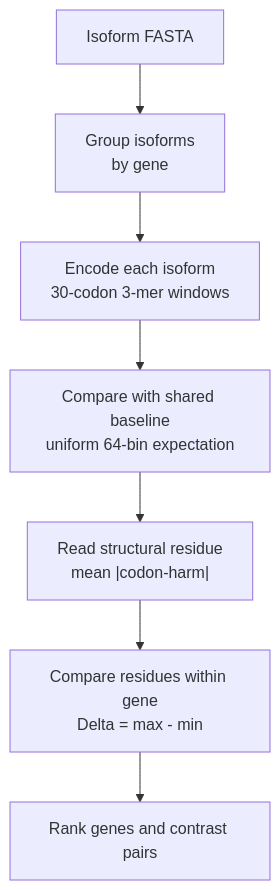
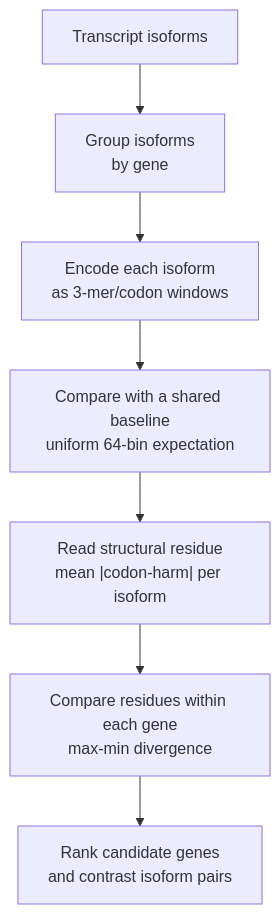
The diagram in docs/WORKFLOW.md (JackeyLGene/NoHarm), drawn with Mermaid before and after one commit. The commit also changed 5 other files, not shown here.

````diff
--- a/docs/WORKFLOW.md
+++ b/docs/WORKFLOW.md
@@ -14,9 +14,9 @@
 ```mermaid
 flowchart TD
-    A["Isoform FASTA"] --> B["Group isoforms<br/>by gene"]
-    B --> C["Encode each isoform<br/>30-codon 3-mer windows"]
-    C --> D["Compare with shared baseline<br/>uniform 64-bin expectation"]
-    D --> E["Read structural residue<br/>mean |codon-harm|"]
-    E --> F["Compare residues within gene<br/>Delta = max - min"]
-    F --> G["Rank genes and contrast pairs"]
+    A["Transcript isoforms"] --> B["Group isoforms<br/>by gene"]
+    B --> C["Encode each isoform<br/>as 3-mer/codon windows"]
+    C --> D["Compare with a shared baseline<br/>uniform 64-bin expectation"]
+    D --> E["Read structural residue<br/>mean |codon-harm| per isoform"]
+    E --> F["Compare residues within each gene<br/>max-min divergence"]
+    F --> G["Rank candidate genes<br/>and contrast isoform pairs"]
 ```
````
